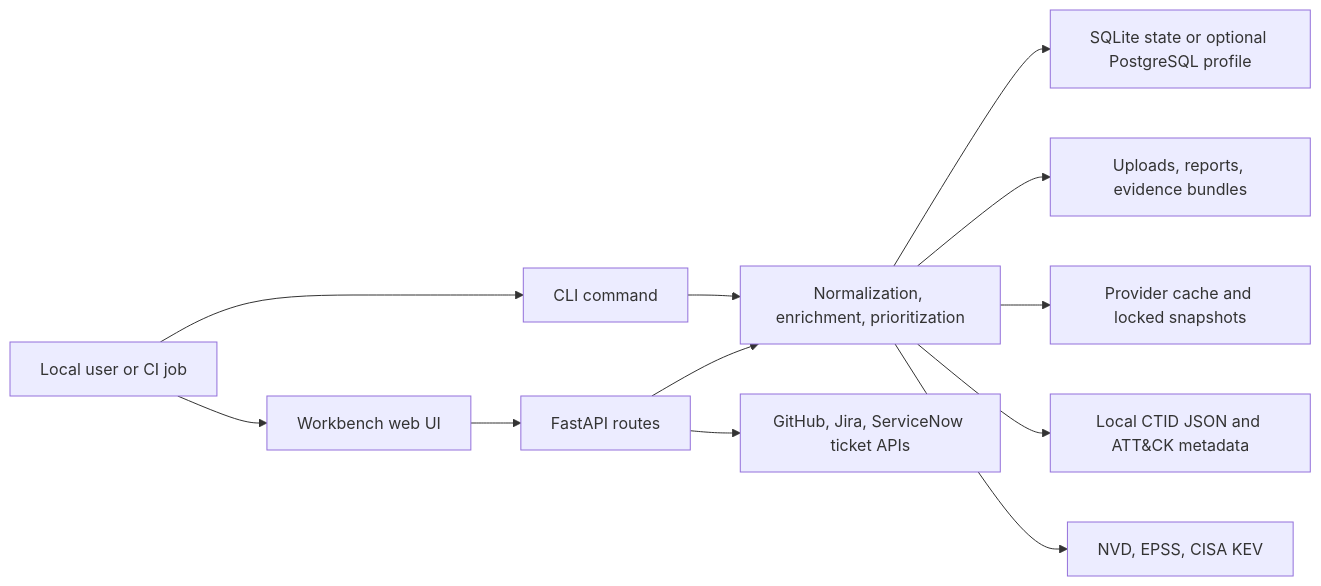
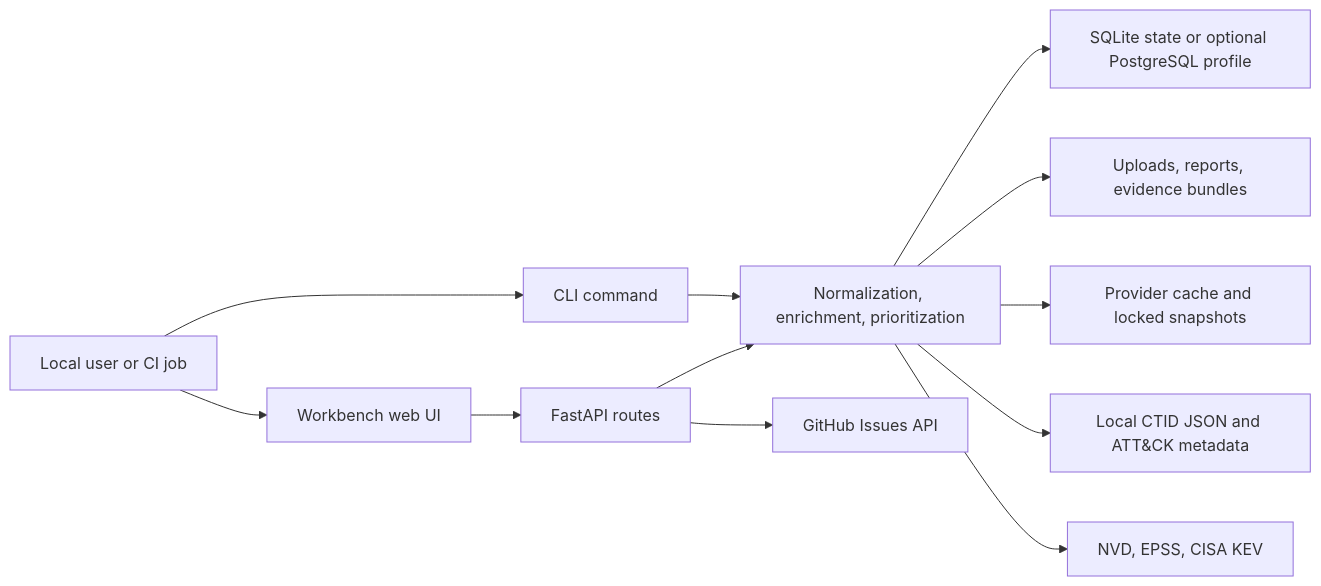
The diagram in docs/workbench-threat-model.md (Noetheon/vuln-prioritizer-workbench), drawn with Mermaid before and after one commit. The commit also changed other lines of this file and 1 other file, not shown here.

Commit message:
docs: correct ticket integration claims (#451)

````diff
--- a/docs/workbench-threat-model.md
+++ b/docs/workbench-threat-model.md
@@ -52,14 +52,14 @@
 ```mermaid
 flowchart LR
   U["Local user or CI job"] --> CLI["CLI command"]
   U --> WEB["Workbench web UI"]
   WEB --> API["FastAPI routes"]
   CLI --> CORE["Normalization, enrichment, prioritization"]
   API --> CORE
   CORE --> DB["SQLite state or optional PostgreSQL profile"]
   CORE --> FS["Uploads, reports, evidence bundles"]
   CORE --> CACHE["Provider cache and locked snapshots"]
   CORE --> ATK["Local CTID JSON and ATT&CK metadata"]
   CORE --> LIVE["NVD, EPSS, CISA KEV"]
-  API --> TICKETS["GitHub, Jira, ServiceNow ticket APIs"]
+  API --> TICKETS["GitHub Issues API"]
 ```
````
